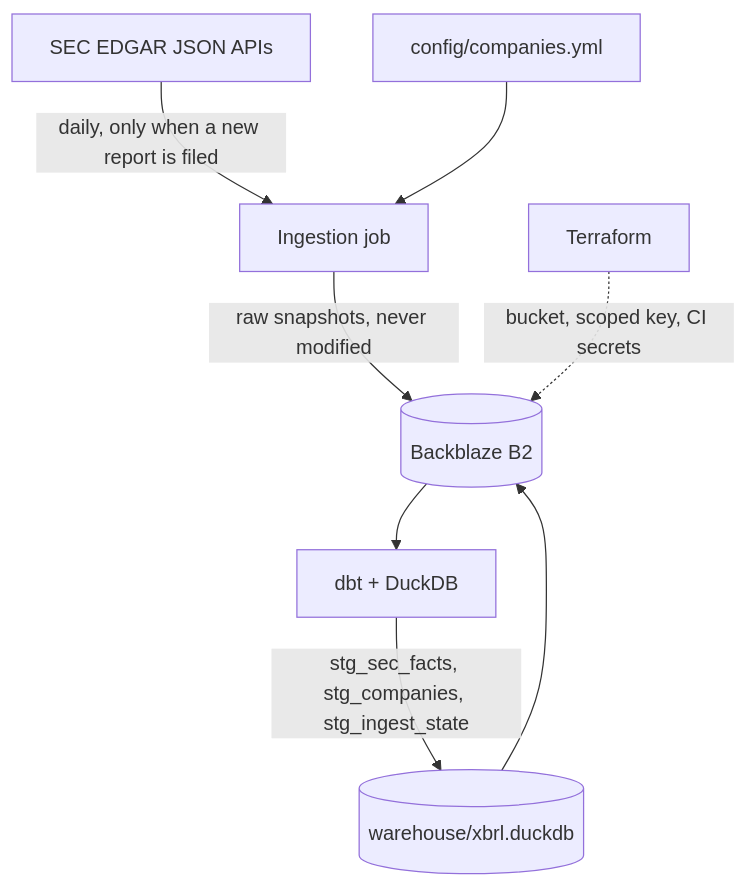
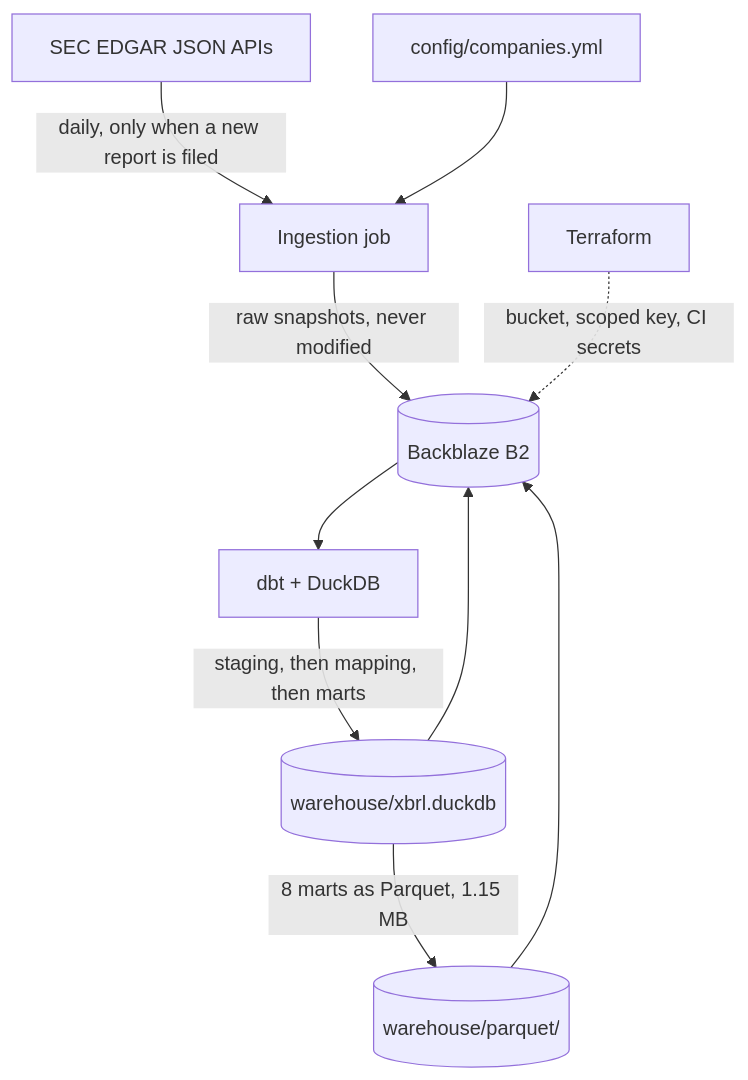
Before and after one commit to sushantpatil2899/xbrl-reconcile: the diagram in README.md, drawn with Mermaid. The commit also changed other lines of this file and 1 other file, not shown here.

Commit message:
Document the marts phase

````diff
--- a/README.md
+++ b/README.md
@@ -58,10 +86,12 @@
 ```mermaid
 flowchart TD
     SEC[SEC EDGAR JSON APIs] -->|daily, only when a new report is filed| ING[Ingestion job]
     CFG[config/companies.yml] --> ING
     ING -->|raw snapshots, never modified| B2[(Backblaze B2)]
     B2 --> DBT[dbt + DuckDB]
-    DBT -->|stg_sec_facts, stg_companies, stg_ingest_state| WH[(warehouse/xbrl.duckdb)]
+    DBT -->|staging, then mapping, then marts| WH[(warehouse/xbrl.duckdb)]
     WH --> B2
+    WH -->|8 marts as Parquet, 1.15 MB| PQ[(warehouse/parquet/)]
+    PQ --> B2
     TF[Terraform] -.->|bucket, scoped key, CI secrets| B2
 ```
````
